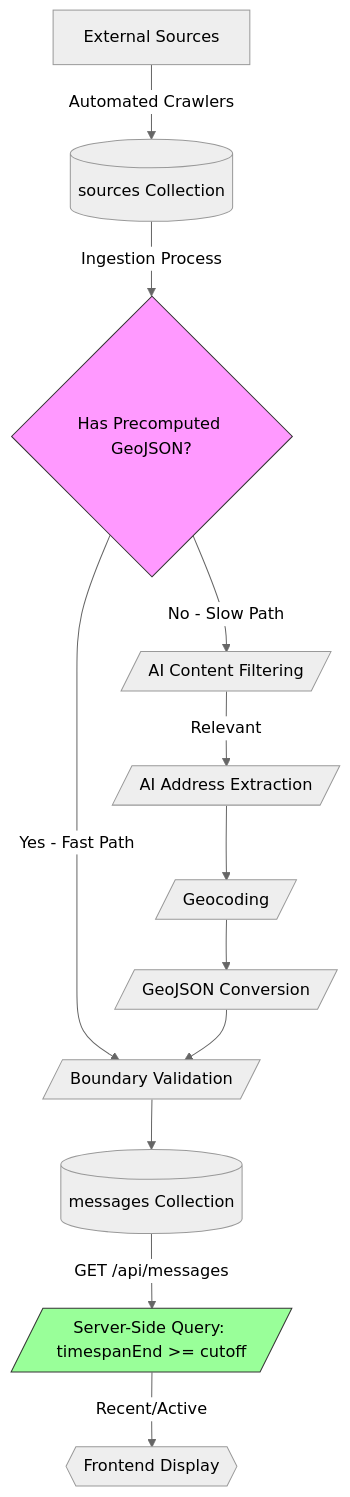
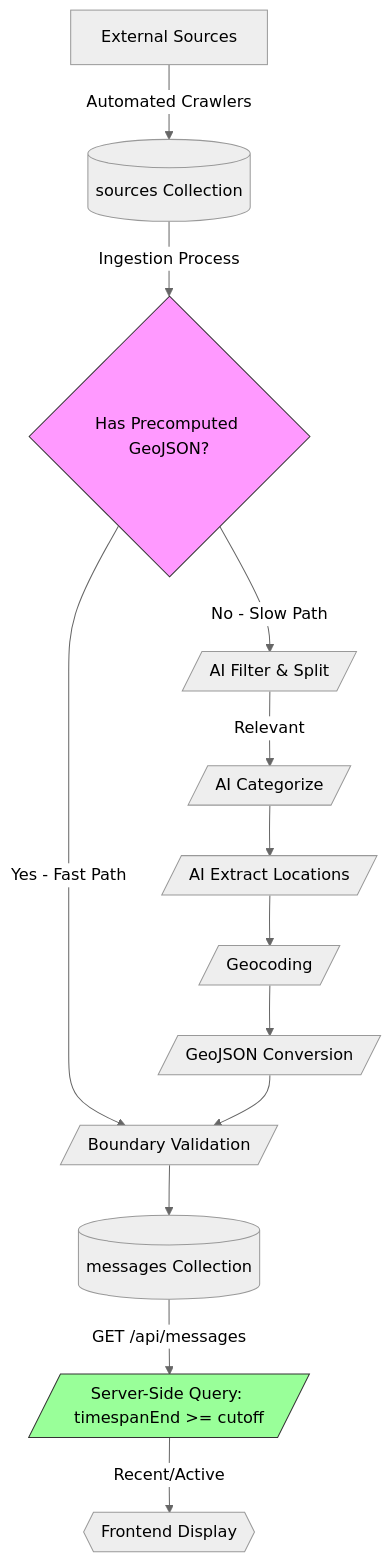
Before and after one commit to vbuch/oboapp: the first of 2 diagrams in docs/features/message-filtering.md, drawn with Mermaid (neutral theme). The commit also changed other lines of this file and 53 other files, not shown here.

````diff
--- a/docs/features/message-filtering.md
+++ b/docs/features/message-filtering.md
@@ -13,17 +13,18 @@
 ```mermaid
 graph TD
     A[External Sources] -->|Automated Crawlers| B[(sources Collection)]
     B -->|Ingestion Process| C{Has Precomputed GeoJSON?}
     C -->|Yes - Fast Path| D[/Boundary Validation/]
-    C -->|No - Slow Path| E[/AI Content Filtering/]
-    E -->|Relevant| F[/AI Address Extraction/]
-    F --> G[/Geocoding/]
+    C -->|No - Slow Path| E[/AI Filter & Split/]
+    E -->|Relevant| F[/AI Categorize/]
+    F --> F2[/AI Extract Locations/]
+    F2 --> G[/Geocoding/]
     G --> H[/GeoJSON Conversion/]
     H --> D
     D --> I[(messages Collection)]
     I -->|GET /api/messages| J[/Server-Side Query: timespanEnd >= cutoff/]
     J -->|Recent/Active| K{{Frontend Display}}
 
     style C fill:#f9f,stroke:#333
     style J fill:#9f9,stroke:#333
 ```
````
